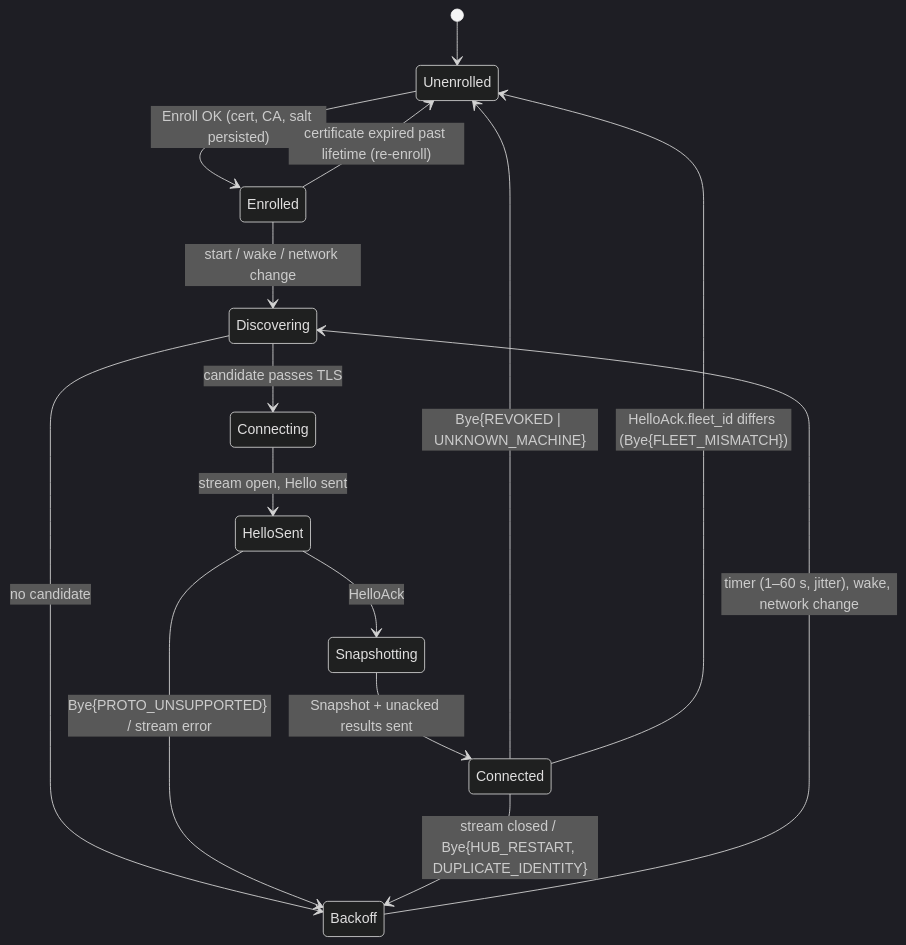
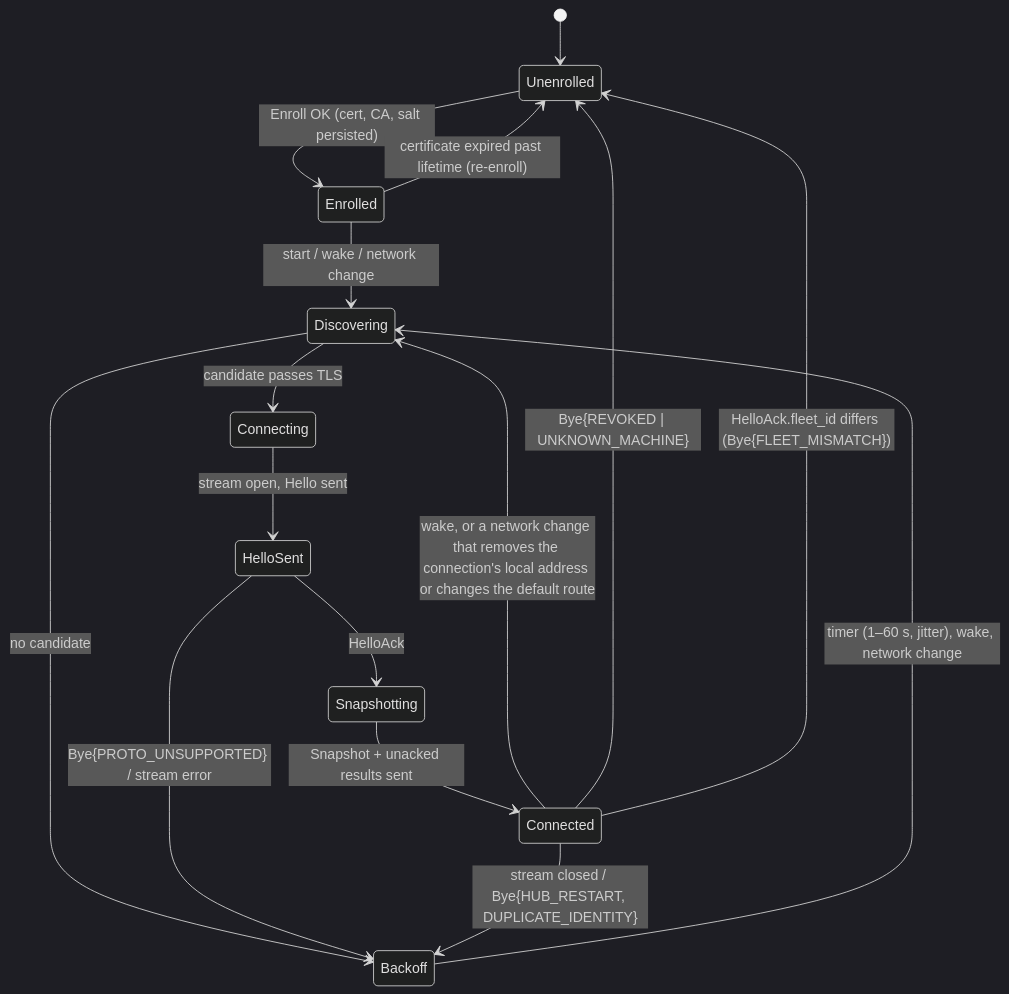
The second of 4 diagrams in docs/specs/03-workflows.md (linuxdynasty/fleet-board), drawn with Mermaid (dark theme) before and after one commit. The commit also changed other lines of this file and 30 other files, not shown here.

First line of the commit message:
Wake and network-change detection: spike results and ADR 0029 (plan item 0.6) (#135)

````diff
--- a/docs/specs/03-workflows.md
+++ b/docs/specs/03-workflows.md
@@ -173,17 +175,18 @@
 ```mermaid
 stateDiagram-v2
   [*] --> Unenrolled
   Unenrolled --> Enrolled: Enroll OK (cert, CA, salt persisted)
   Enrolled --> Discovering: start / wake / network change
   Discovering --> Connecting: candidate passes TLS
   Discovering --> Backoff: no candidate
   Connecting --> HelloSent: stream open, Hello sent
   HelloSent --> Snapshotting: HelloAck
   HelloSent --> Backoff: Bye{PROTO_UNSUPPORTED} / stream error
   Snapshotting --> Connected: Snapshot + unacked results sent
   Connected --> Backoff: stream closed / Bye{HUB_RESTART, DUPLICATE_IDENTITY}
+  Connected --> Discovering: wake, or a network change that removes the connection's local address or changes the default route
   Connected --> Unenrolled: Bye{REVOKED | UNKNOWN_MACHINE}
   Connected --> Unenrolled: HelloAck.fleet_id differs (Bye{FLEET_MISMATCH})
   Backoff --> Discovering: timer (1–60 s, jitter), wake, network change
   Enrolled --> Unenrolled: certificate expired past lifetime (re-enroll)
 ```
````
